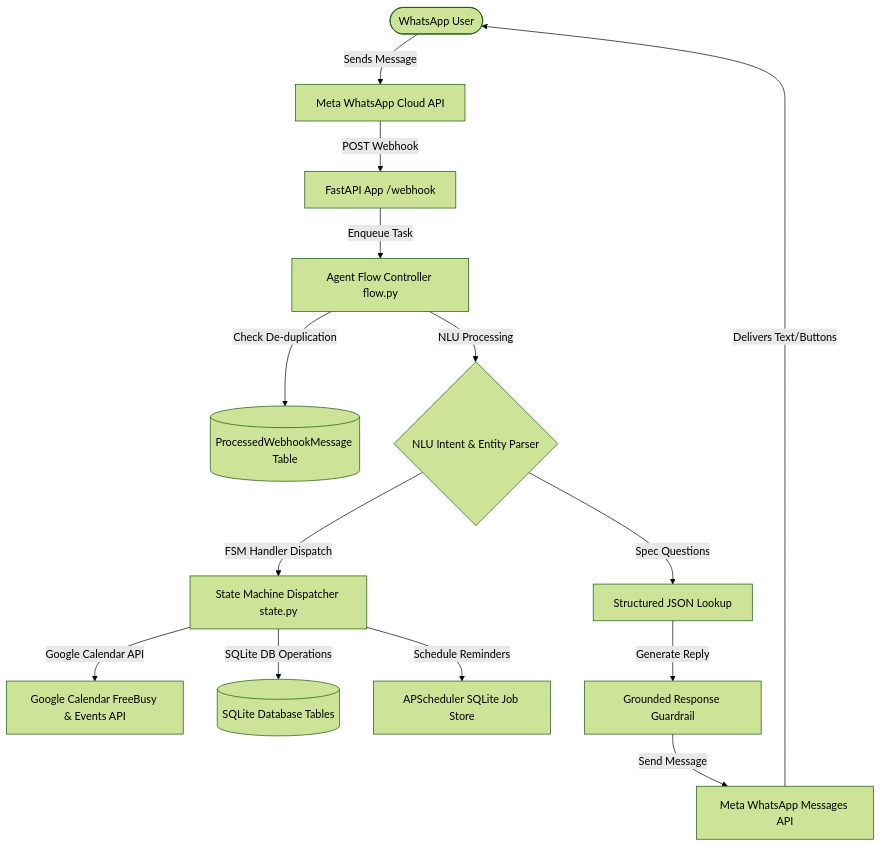
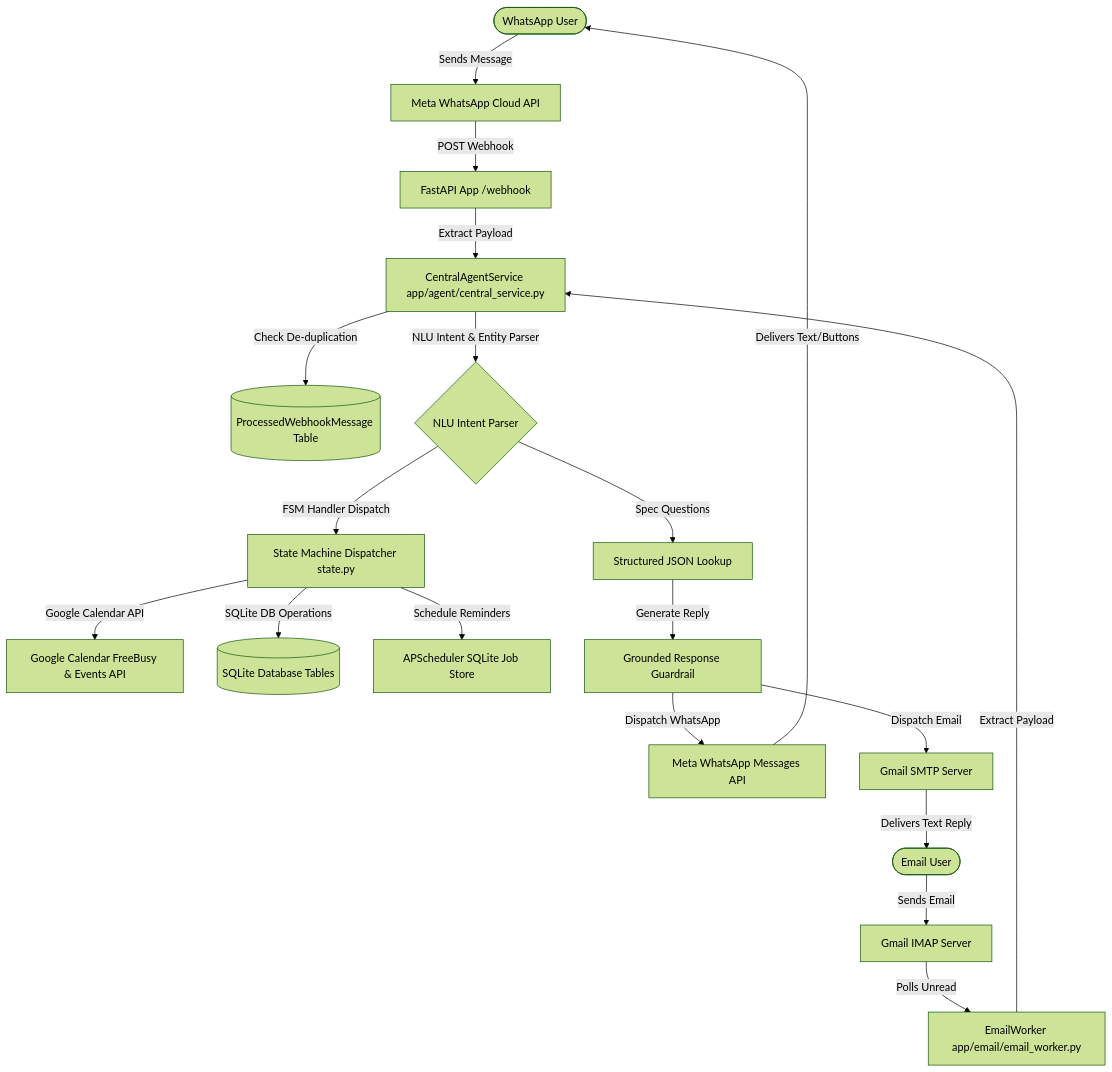
One commit to rajveer100704/carbolo-whatsapp-ai-agent changed the first of 2 diagrams in README.md. Above: the diagram before and after it, drawn with Mermaid (forest theme). The commit also changed other lines of this file, not shown here.

Commit message:
docs: Update README.md with Gmail integration, SQLite WAL, and E2E simulation details

````diff
--- a/README.md
+++ b/README.md
@@ -38,16 +38,29 @@
 ```mermaid
 graph TD
-    User([WhatsApp User]) -->|Sends Message| Meta[Meta WhatsApp Cloud API]
+    UserWA([WhatsApp User]) -->|Sends Message| Meta[Meta WhatsApp Cloud API]
+    UserEmail([Email User]) -->|Sends Email| GmailIMAP[Gmail IMAP Server]
+    
     Meta -->|POST Webhook| FastAPI[FastAPI App /webhook]
-    FastAPI -->|Enqueue Task| Flow[Agent Flow Controller flow.py]
-    Flow -->|Check De-duplication| ProcessedTable[(ProcessedWebhookMessage Table)]
-    Flow -->|NLU Processing| NLU{NLU Intent & Entity Parser}
+    GmailIMAP -->|Polls Unread| EmailWorker[EmailWorker app/email/email_worker.py]
+    
+    FastAPI -->|Extract Payload| Central[CentralAgentService app/agent/central_service.py]
+    EmailWorker -->|Extract Payload| Central
+    
+    Central -->|Check De-duplication| ProcessedTable[(ProcessedWebhookMessage Table)]
+    Central -->|NLU Intent & Entity Parser| NLU{NLU Intent Parser}
+    
     NLU -->|Spec Questions| KB[Structured JSON Lookup]
     NLU -->|FSM Handler Dispatch| Handler[State Machine Dispatcher state.py]
+    
     Handler -->|Google Calendar API| Calendar[Google Calendar FreeBusy & Events API]
     Handler -->|SQLite DB Operations| DB[(SQLite Database Tables)]
     Handler -->|Schedule Reminders| Scheduler[APScheduler SQLite Job Store]
+    
     KB -->|Generate Reply| OutputGuard[Grounded Response Guardrail]
-    OutputGuard -->|Send Message| Sender[Meta WhatsApp Messages API]
-    Sender -->|Delivers Text/Buttons| User
+    
+    OutputGuard -->|Dispatch WhatsApp| SenderWA[Meta WhatsApp Messages API]
+    OutputGuard -->|Dispatch Email| SenderEmail[Gmail SMTP Server]
+    
+    SenderWA -->|Delivers Text/Buttons| UserWA
+    SenderEmail -->|Delivers Text Reply| UserEmail
 ```
````
